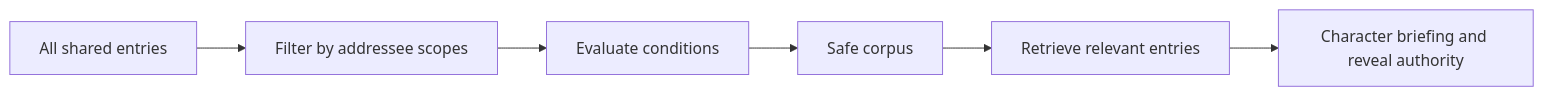
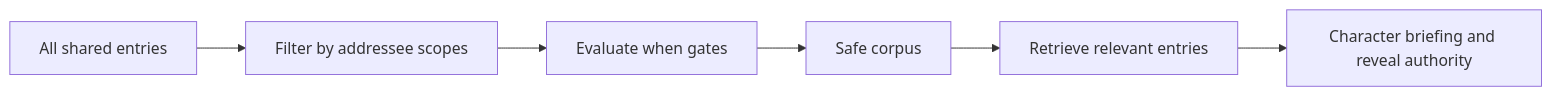
The diagram in docs/concepts/knowledge.md (Desagidit/darps), drawn with Mermaid before and after one commit. The commit also changed other lines of this file and 34 other files, not shown here.

````diff
--- a/docs/concepts/knowledge.md
+++ b/docs/concepts/knowledge.md
@@ -81,8 +11,8 @@
 ```mermaid
 flowchart LR
     A["All shared entries"] --> B["Filter by addressee scopes"]
-    B --> C["Evaluate conditions"]
+    B --> C["Evaluate when gates"]
     C --> D["Safe corpus"]
     D --> E["Retrieve relevant entries"]
     E --> F["Character briefing and reveal authority"]
 ```
````
